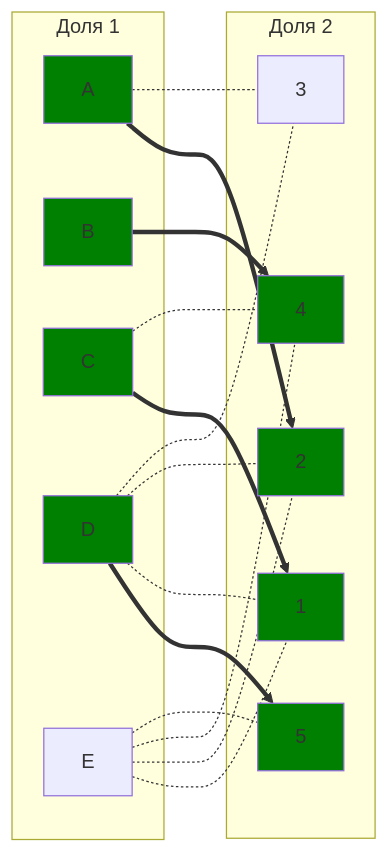
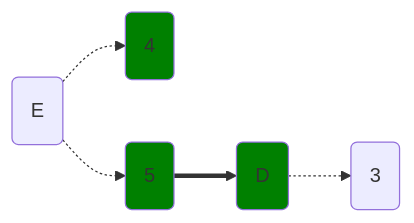
Before and after one commit to hse-algo-24-owl/manual-tasks-owl: the fifth of 8 diagrams in task-8/second-task-8.md, drawn with Mermaid. The commit also changed other lines of this file, not shown here.

````diff
--- a/task-8/second-task-8.md
+++ b/task-8/second-task-8.md
@@ -198,38 +169,8 @@
 ```mermaid
 graph LR
-    subgraph "Доля 1"
-        A[A]
-        B[B]
-        C[C]
-        D[D]
-        E[E]
-    end
-    subgraph "Доля 2"
-        1[1]
-        2[2]
-        3[3]
-        4[4]
-        5[5]
-    end
-    A ==> 2
-    A -.- 3
-    B ==> 4
-    C ==> 1
-    C -.- 4
-    D ==> 5
-    D -.- 1
-    D -.- 2
-    D -.- 3
-    E -.- 1
-    E -.- 2
-    E -.- 4
-    E -.- 5
-    style A fill:#008000
-    style B fill:#008000
-    style C fill:#008000
+    E(E)  -.-> 5(5) ==> D(D) -.-> 3(3)
+    E(E)  -.-> 4(4) 
+    style 5 fill:#008000
     style D fill:#008000
-    style 2 fill:#008000
     style 4 fill:#008000
-    style 1 fill:#008000
-    style 5 fill:#008000
 ```
````
